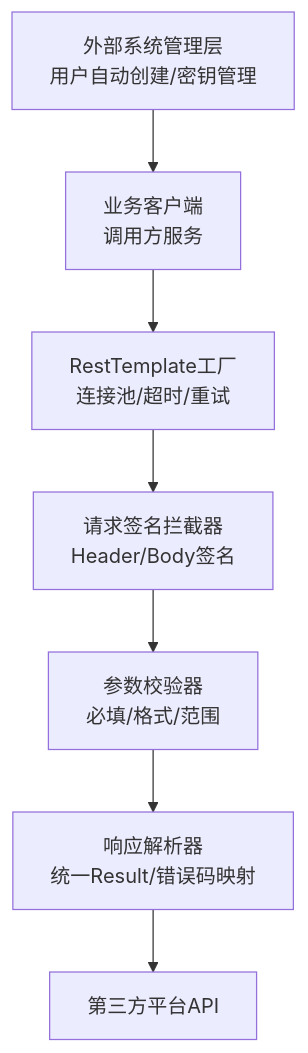
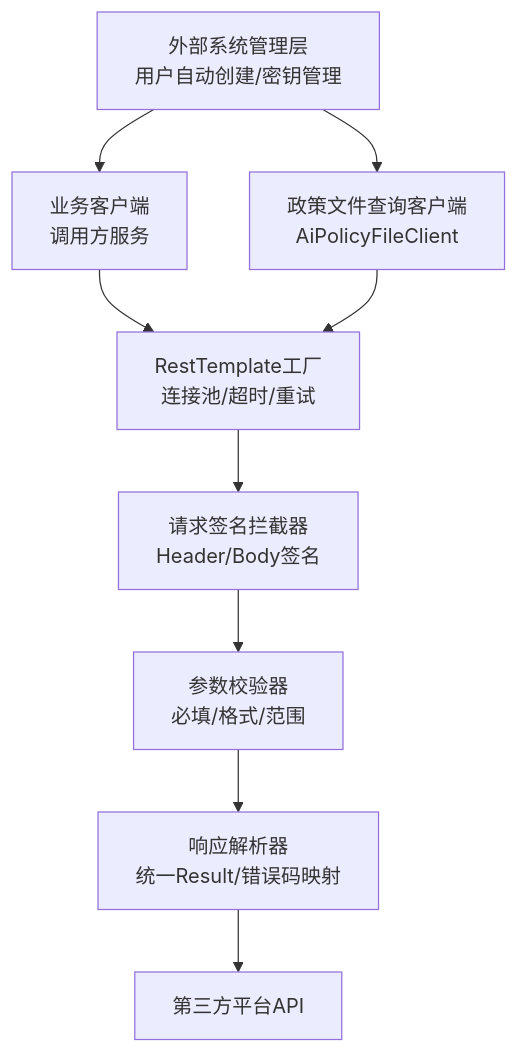
Before and after one commit to DrunkFood/First: the second of 18 diagrams in .qoder/repowiki/zh/content/后端服务/交互服务 (ele-ai-tender-interaction)/外部系统集成.md, drawn with Mermaid. The commit also changed other lines of this file and 103 other files, not shown here.

````diff
--- a/.qoder/repowiki/zh/content/后端服务/交互服务 (ele-ai-tender-interaction)/外部系统集成.md
+++ b/.qoder/repowiki/zh/content/后端服务/交互服务 (ele-ai-tender-interaction)/外部系统集成.md
@@ -105,16 +108,19 @@
 ```mermaid
 graph TB
 Manager["外部系统管理层<br/>用户自动创建/密钥管理"]
 Client["业务客户端<br/>调用方服务"]
+PolicyClient["政策文件查询客户端<br/>AiPolicyFileClient"]
 Factory["RestTemplate工厂<br/>连接池/超时/重试"]
 SigIntc["请求签名拦截器<br/>Header/Body签名"]
 Validator["参数校验器<br/>必填/格式/范围"]
 Parser["响应解析器<br/>统一Result/错误码映射"]
 ThirdParty["第三方平台API"]
 Manager --> Client
+Manager --> PolicyClient
 Client --> Factory
+PolicyClient --> Factory
 Factory --> SigIntc
 SigIntc --> Validator
 Validator --> Parser
 Parser --> ThirdParty
 ```
````
